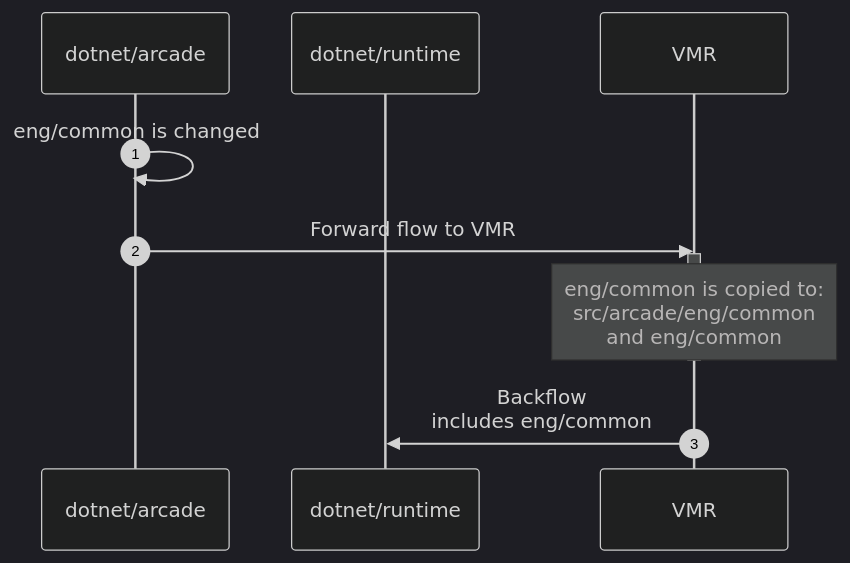
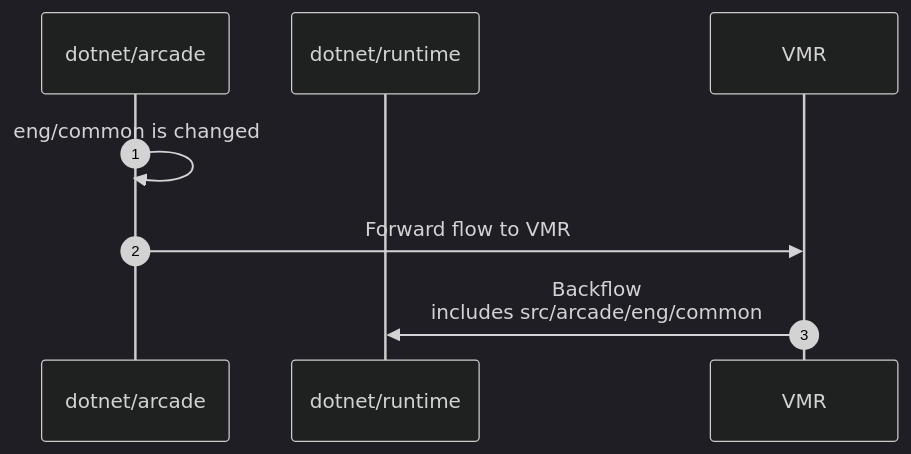
One commit to dotnet/arcade changed the fourth of 5 diagrams in Documentation/UnifiedBuild/VMR-Full-Code-Flow.md. Above: the diagram before and after it, drawn with Mermaid (dark theme). The commit also changed other lines of this file, not shown here.

````diff
--- a/Documentation/UnifiedBuild/VMR-Full-Code-Flow.md
+++ b/Documentation/UnifiedBuild/VMR-Full-Code-Flow.md
@@ -491,16 +493,12 @@
 ```mermaid
 sequenceDiagram
     autonumber
 
     participant arcade as dotnet/arcade
     participant runtime as dotnet/runtime
     participant VMR as VMR
 
     arcade->>arcade: eng/common is changed
     arcade->>VMR: Forward flow to VMR
-    activate VMR
-    Note over VMR: eng/common is copied to:<br>src/arcade/eng/common<br>and eng/common
-    deactivate VMR
-
-    VMR->>runtime: Backflow<br>includes eng/common
+    VMR->>runtime: Backflow<br>includes src/arcade/eng/common
 ```
````
